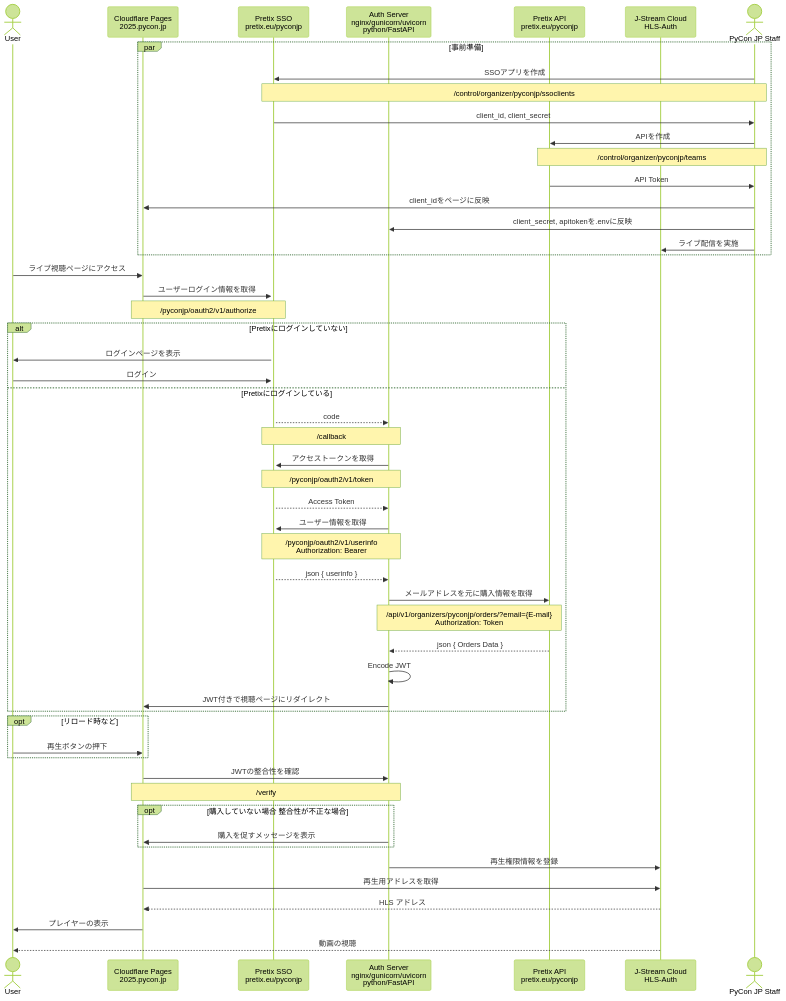
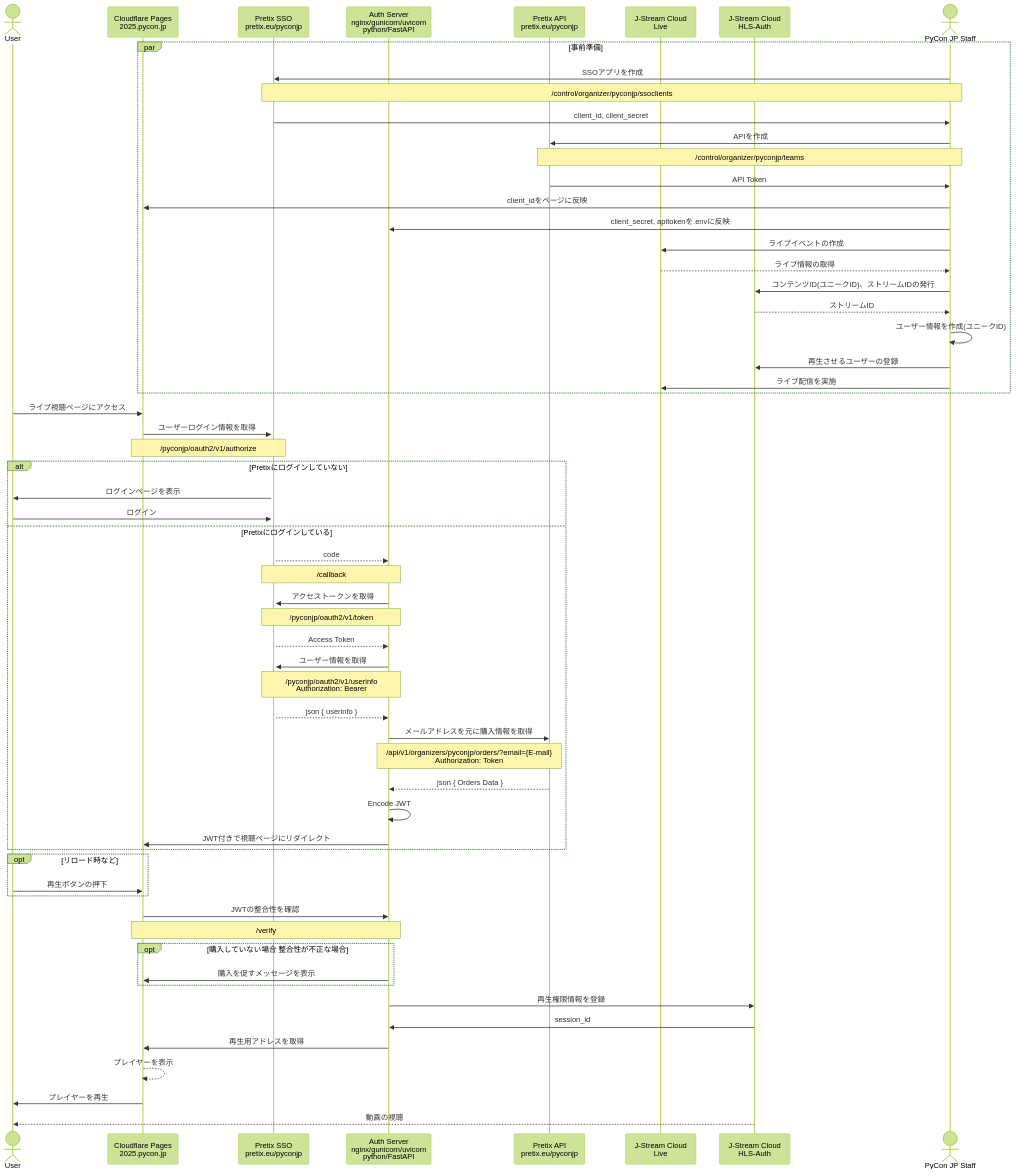
Before and after one commit to takashi74/key_ticket_system: the diagram in README.md, drawn with Mermaid (forest theme). The commit also changed other lines of this file and 3 other files, not shown here.

````diff
--- a/README.md
+++ b/README.md
@@ -41,56 +42,64 @@
 ```mermaid
 sequenceDiagram
     actor U as User
     participant A as Cloudflare Pages<br>2025.pycon.jp
     participant B as Pretix SSO<br>pretix.eu/pyconjp
     participant D as Auth Server<br>nginx/gunicorn/uvicorn<br>python/FastAPI
     participant C as Pretix API<br>pretix.eu/pyconjp
+    participant I as J-Stream Cloud<br>Live
     participant J as J-Stream Cloud<br>HLS-Auth
     actor P as PyCon JP Staff
 
     par 事前準備
         P->>B: SSOアプリを作成
         Note over P,B: /control/organizer/pyconjp/ssoclients
         B->>P: client_id, client_secret
         P->>C: APIを作成
         Note over P,C: /control/organizer/pyconjp/teams
         C->>P: API Token
         P->>A: client_idをページに反映
         P->>D: client_secret, apitokenを.envに反映
-        P->>J: ライブ配信を実施
+        P->>I: ライブイベントの作成
+        I-->>P: ライブ情報の取得
+        P->>J: コンテンツID(ユニークID)、ストリームIDの発行
+        J-->>P: ストリームID
+        P->>P: ユーザー情報を作成(ユニークID)
+        P->>J: 再生させるユーザーの登録
+        P->>I: ライブ配信を実施
     end
     U->>A: ライブ視聴ページにアクセス
     A->>+B: ユーザーログイン情報を取得
     Note over A,B: /pyconjp/oauth2/v1/authorize
     alt Pretixにログインしていない
     B->>U: ログインページを表示
     U->>B: ログイン
     else Pretixにログインしている
     B-->>D: code
     Note over B,D: /callback
     D->>B: アクセストークンを取得
     Note over B,D: /pyconjp/oauth2/v1/token
     B-->>D: Access Token
     D->>B: ユーザー情報を取得
     Note over B,D: /pyconjp/oauth2/v1/userinfo<br>Authorization: Bearer
     B-->>D: json { userinfo }
     D->>C: メールアドレスを元に購入情報を取得
     Note over C,D: /api/v1/organizers/pyconjp/orders/?email={E-mail}<br>Authorization: Token
     C-->>D: json { Orders Data }
     D->>D: Encode JWT
     D->>A: JWT付きで視聴ページにリダイレクト
     end
     opt リロード時など
     U->>A: 再生ボタンの押下
     end
     A->>D: JWTの整合性を確認
     Note over A,D: /verify
     opt 購入していない場合 整合性が不正な場合
     D->>A: 購入を促すメッセージを表示
     end
     D->>J: 再生権限情報を登録
-    A->>J: 再生用アドレスを取得
-    J-->>A: HLS アドレス
-    A->>U: プレイヤーの表示
+    J->>D: session_id
+    D->>A: 再生用アドレスを取得
+    A-->>A: プレイヤーを表示
+    A->>U: プレイヤーを再生
     J-->>U: 動画の視聴
 ```
````
